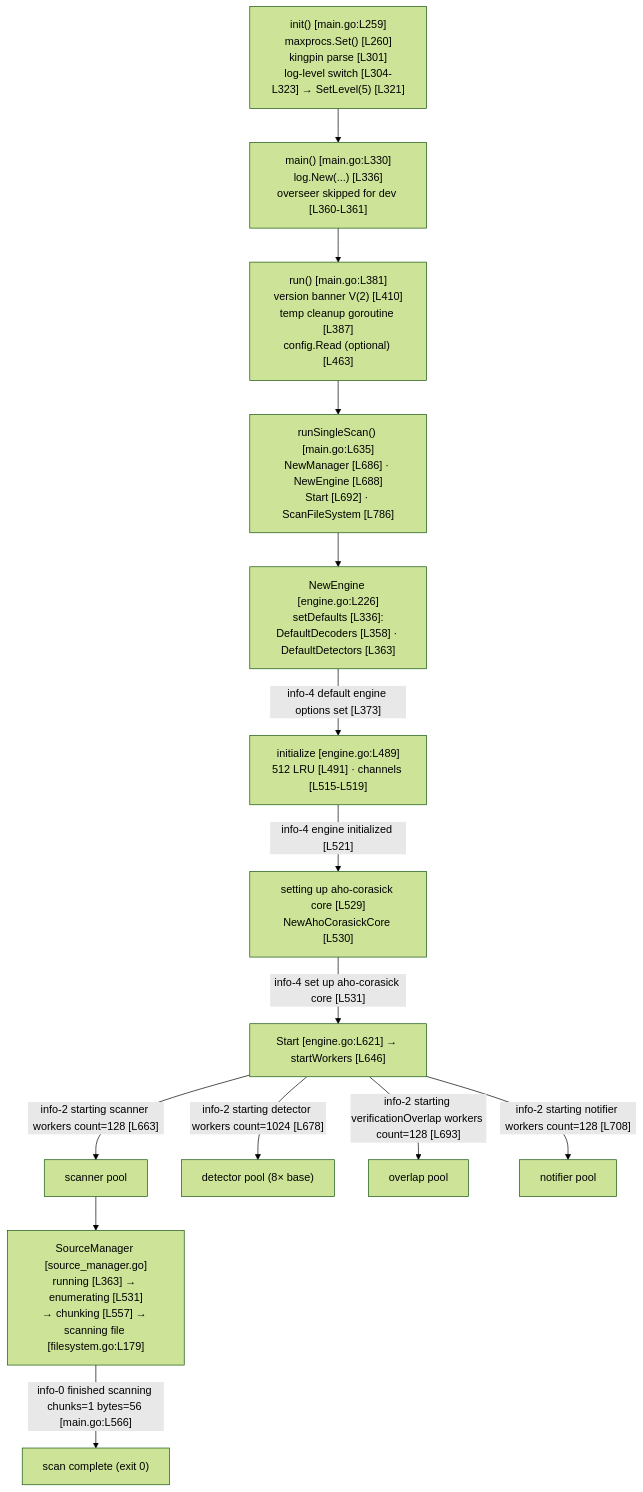
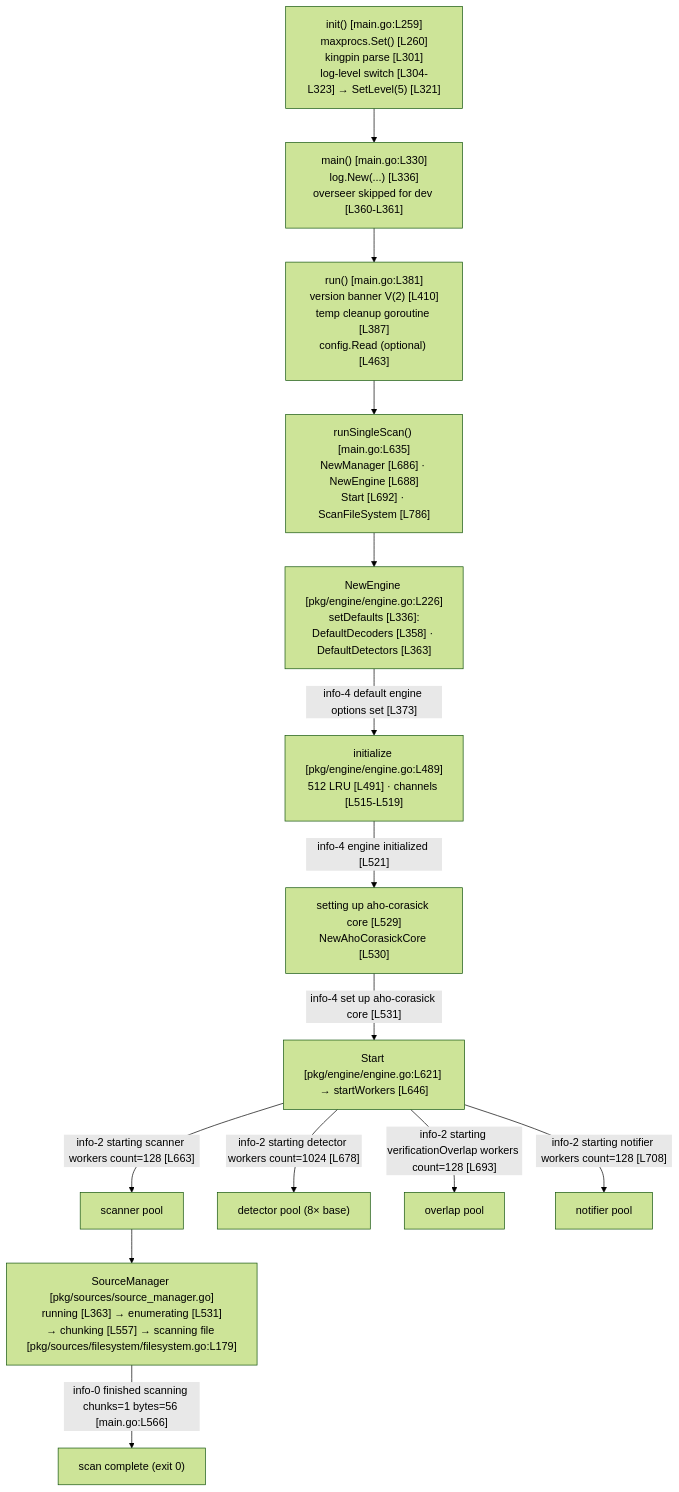
One commit to blitzy-research/trufflehog changed the diagram in blitzy/documentation/trufflehog_e42153d44a5e.md. Above: the diagram before and after it, drawn with Mermaid (forest theme). The commit also changed other lines of this file, not shown here.

````diff
--- a/blitzy/documentation/trufflehog_e42153d44a5e.md
+++ b/blitzy/documentation/trufflehog_e42153d44a5e.md
@@ -210,17 +210,17 @@
 ```mermaid
 flowchart TD
     A["init() [main.go:L259]<br/>maxprocs.Set() [L260]<br/>kingpin parse [L301]<br/>log-level switch [L304-L323] → SetLevel(5) [L321]"]
       --> B["main() [main.go:L330]<br/>log.New(...) [L336]<br/>overseer skipped for dev [L360-L361]"]
     B --> C["run() [main.go:L381]<br/>version banner V(2) [L410]<br/>temp cleanup goroutine [L387]<br/>config.Read (optional) [L463]"]
     C --> D["runSingleScan() [main.go:L635]<br/>NewManager [L686] · NewEngine [L688]<br/>Start [L692] · ScanFileSystem [L786]"]
-    D --> E["NewEngine [engine.go:L226]<br/>setDefaults [L336]:<br/>DefaultDecoders [L358] · DefaultDetectors [L363]"]
-    E -->|"info-4 default engine options set [L373]"| F["initialize [engine.go:L489]<br/>512 LRU [L491] · channels [L515-L519]"]
+    D --> E["NewEngine [pkg/engine/engine.go:L226]<br/>setDefaults [L336]:<br/>DefaultDecoders [L358] · DefaultDetectors [L363]"]
+    E -->|"info-4 default engine options set [L373]"| F["initialize [pkg/engine/engine.go:L489]<br/>512 LRU [L491] · channels [L515-L519]"]
     F -->|"info-4 engine initialized [L521]"| G["setting up aho-corasick core [L529]<br/>NewAhoCorasickCore [L530]"]
-    G -->|"info-4 set up aho-corasick core [L531]"| H["Start [engine.go:L621] → startWorkers [L646]"]
+    G -->|"info-4 set up aho-corasick core [L531]"| H["Start [pkg/engine/engine.go:L621] → startWorkers [L646]"]
     H -->|"info-2 starting scanner workers count=128 [L663]"| I["scanner pool"]
     H -->|"info-2 starting detector workers count=1024 [L678]"| J["detector pool (8× base)"]
     H -->|"info-2 starting verificationOverlap workers count=128 [L693]"| K["overlap pool"]
     H -->|"info-2 starting notifier workers count=128 [L708]"| L["notifier pool"]
-    I --> M["SourceManager [source_manager.go]<br/>running [L363] → enumerating [L531]<br/>→ chunking [L557] → scanning file [filesystem.go:L179]"]
+    I --> M["SourceManager [pkg/sources/source_manager.go]<br/>running [L363] → enumerating [L531]<br/>→ chunking [L557] → scanning file [pkg/sources/filesystem/filesystem.go:L179]"]
     M -->|"info-0 finished scanning chunks=1 bytes=56 [main.go:L566]"| N["scan complete (exit 0)"]
 ```
````
